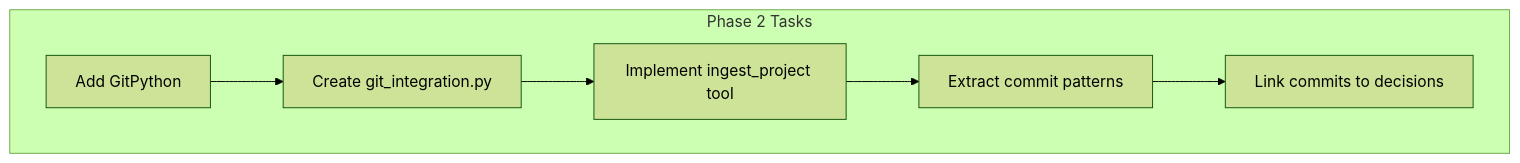
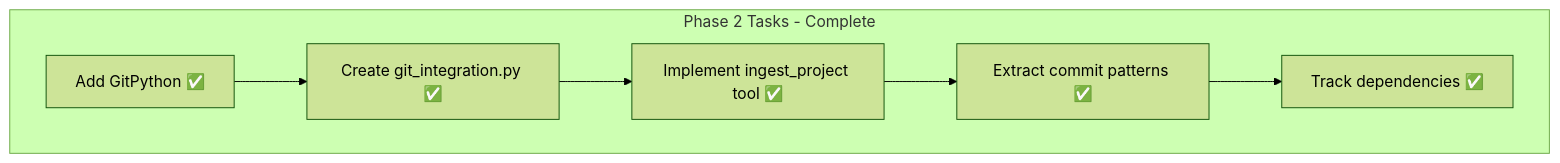
Before and after one commit to zad0xlik/sigma-evolve: the fourth of 5 diagrams in memory-bank/activeContext.md, drawn with Mermaid (forest theme). The commit also changed other lines of this file and 15 other files, not shown here.

````diff
--- a/memory-bank/activeContext.md
+++ b/memory-bank/activeContext.md
@@ -127,12 +154,12 @@
 ```mermaid
 flowchart TB
-    subgraph P2["Phase 2 Tasks"]
-        G1[Add GitPython]
-        G2[Create git_integration.py]
-        G3[Implement ingest_project tool]
-        G4[Extract commit patterns]
-        G5[Link commits to decisions]
+    subgraph P2["Phase 2 Tasks - Complete"]
+        G1[Add GitPython ✅]
+        G2[Create git_integration.py ✅]
+        G3[Implement ingest_project tool ✅]
+        G4[Extract commit patterns ✅]
+        G5[Track dependencies ✅]
     end
     
     G1 --> G2 --> G3 --> G4 --> G5
 ```
````
